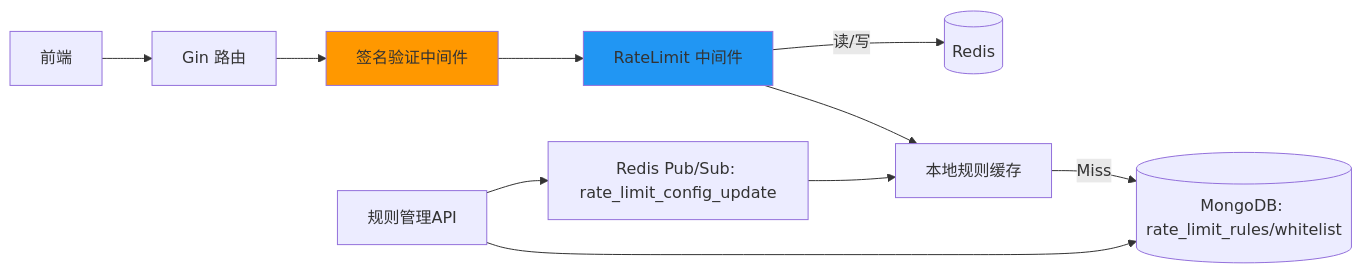
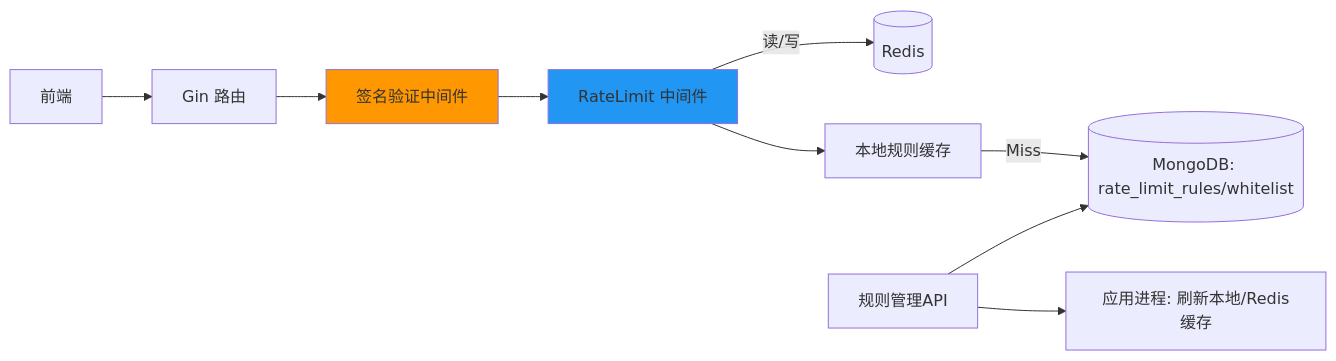
One commit to yingjianzh/iodraw-files changed the diagram in all/未命名-2.md. Above: the diagram before and after it, drawn with Mermaid.

Commit message:
2025-10-13 14:38:45 update

````diff
--- a/all/未命名-2.md
+++ b/all/未命名-2.md
@@ -1,15 +1,14 @@
 ```mermaid
 flowchart LR
     FE[前端] --> GIN[Gin 路由]
     GIN --> AUTH[签名验证中间件]
     AUTH --> RL[RateLimit 中间件]
     RL -->|读/写| R[(Redis)]
     RL --> Cache[本地规则缓存]
     Cache -->|Miss| MDB[(MongoDB: rate_limit_rules/whitelist)]
     Admin[规则管理API] --> MDB
-    Admin --> Pub[Redis Pub/Sub: rate_limit_config_update]
-    Pub --> Cache
+    Admin --> App[应用进程: 刷新本地/Redis缓存]
     
     style AUTH fill:#ff9800
     style RL fill:#2196f3
 ```
````
